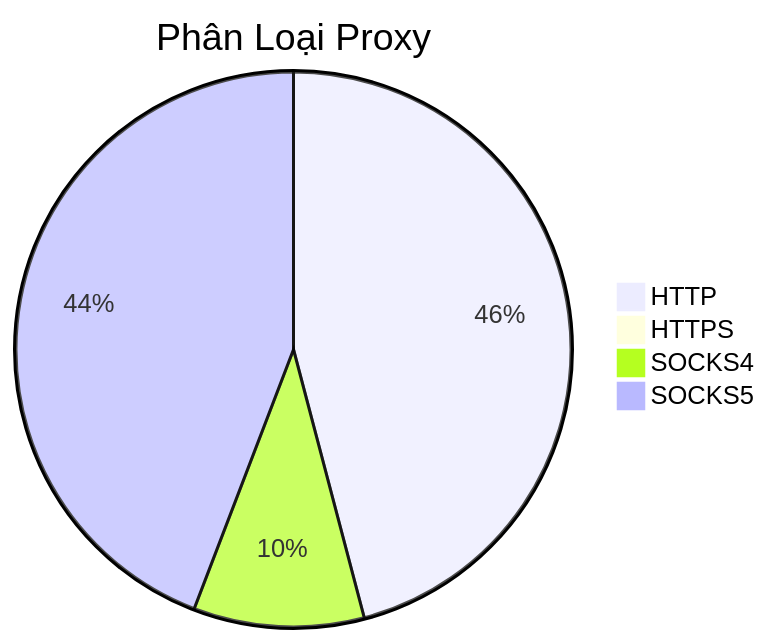
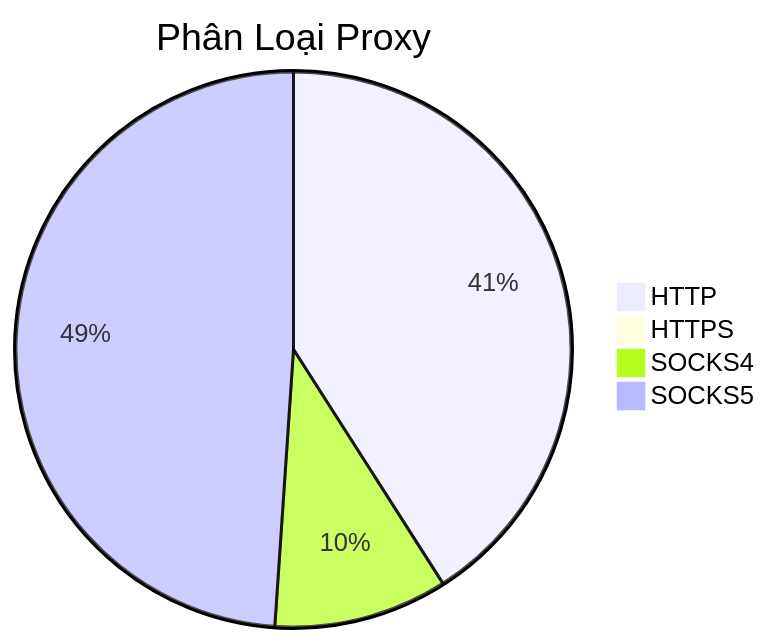
The diagram in README.md (Ciara-Aa/PROXY-free), drawn with Mermaid before and after one commit. The commit also changed other lines of this file and 4 other files, not shown here.

````diff
--- a/README.md
+++ b/README.md
@@ -26,7 +26,7 @@
 ```mermaid
 pie title Phân Loại Proxy
-    "HTTP" : 1202
-    "HTTPS" : 2
-    "SOCKS4" : 260
-    "SOCKS5" : 1157
+    "HTTP" : 1125
+    "HTTPS" : 1
+    "SOCKS4" : 278
+    "SOCKS5" : 1344
 ```
````
